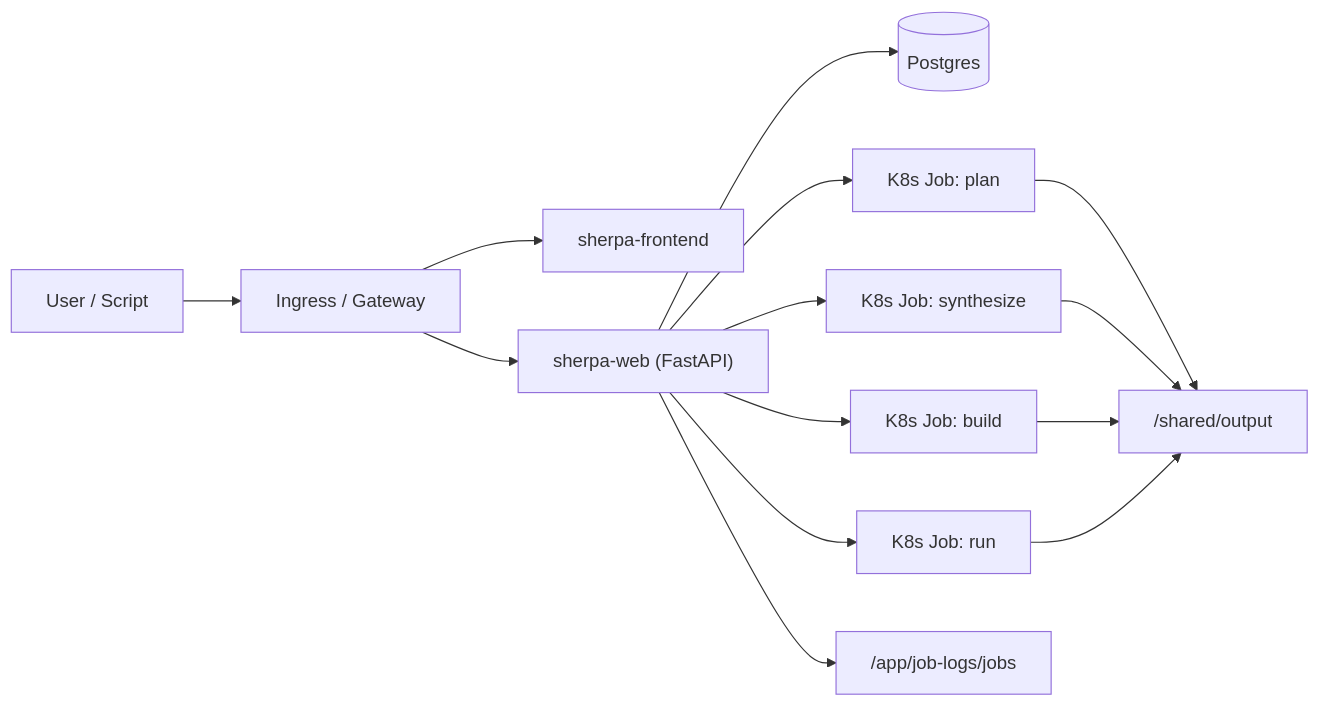
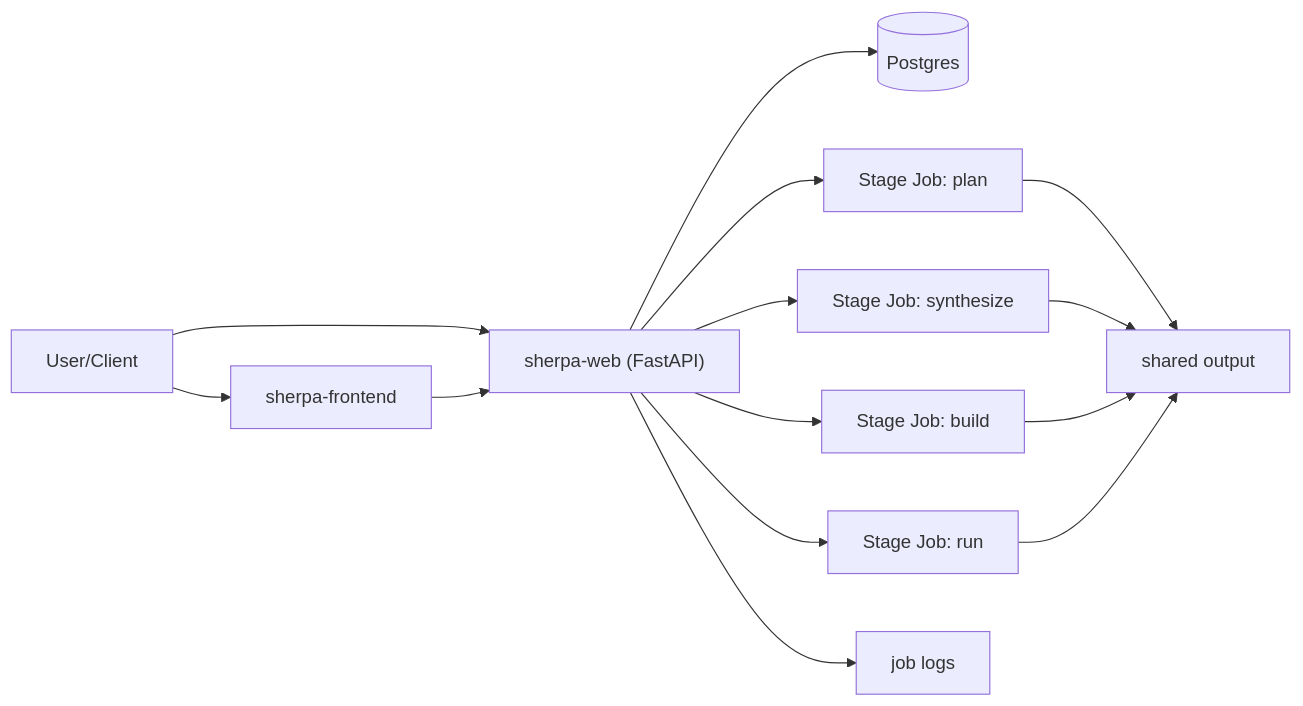
Before and after one commit to ZUENS2020/Sherpa: the diagram in README.md, drawn with Mermaid. The commit also changed other lines of this file, not shown here.

Commit message:
docs: rewrite README for current k8s-native architecture

````diff
--- a/README.md
+++ b/README.md
@@ -48,16 +20,19 @@
 ```mermaid
 flowchart LR
-  U["User / Script"] --> IN["Ingress / Gateway"]
-  IN --> FE["sherpa-frontend"]
-  IN --> API["sherpa-web (FastAPI)"]
-  API --> DB[("Postgres")]
-  API --> J1["K8s Job: plan"]
-  API --> J2["K8s Job: synthesize"]
-  API --> J3["K8s Job: build"]
-  API --> J4["K8s Job: run"]
-  J1 --> OUT["/shared/output"]
-  J2 --> OUT
-  J3 --> OUT
-  J4 --> OUT
-  API --> LOGS["/app/job-logs/jobs"]
+  U["User/Client"] --> FE["sherpa-frontend"]
+  U --> API["sherpa-web (FastAPI)"]
+  FE --> API
+
+  API --> DB[(Postgres)]
+  API --> P["Stage Job: plan"]
+  API --> S["Stage Job: synthesize"]
+  API --> B["Stage Job: build"]
+  API --> R["Stage Job: run"]
+
+  P --> OUT["shared output"]
+  S --> OUT
+  B --> OUT
+  R --> OUT
+
+  API --> LOG["job logs"]
 ```
````
